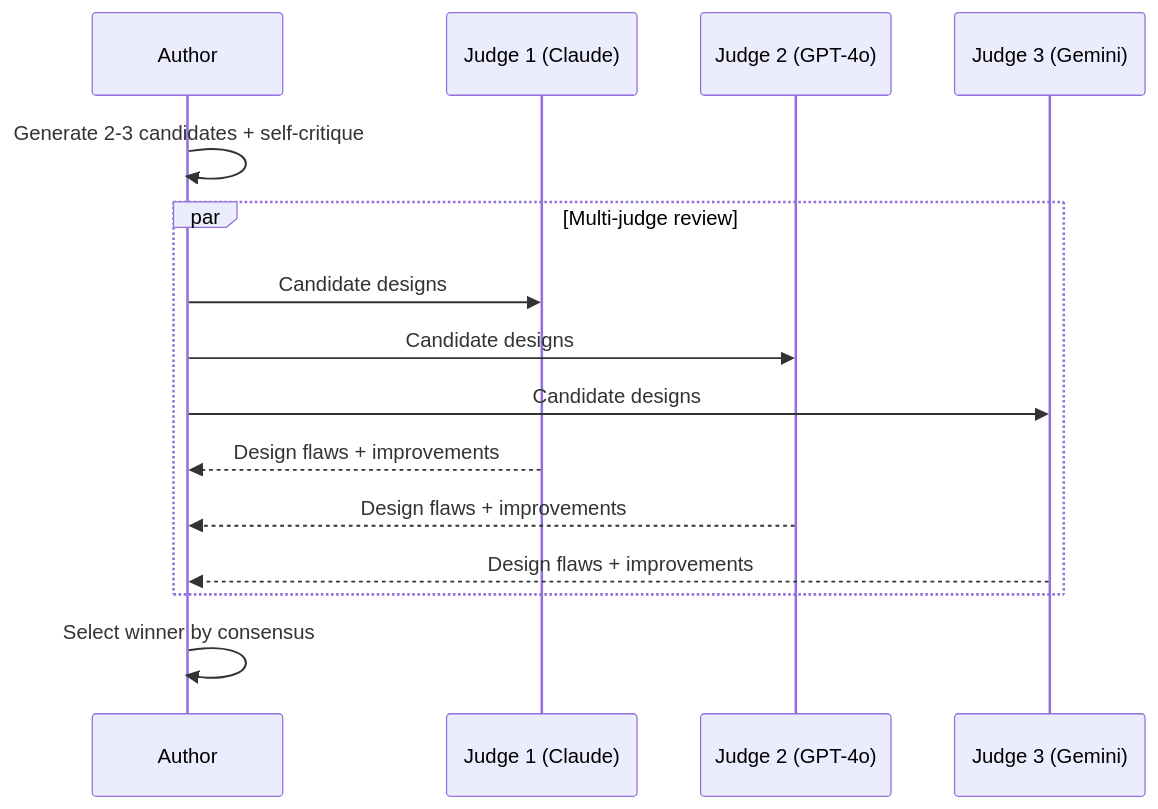
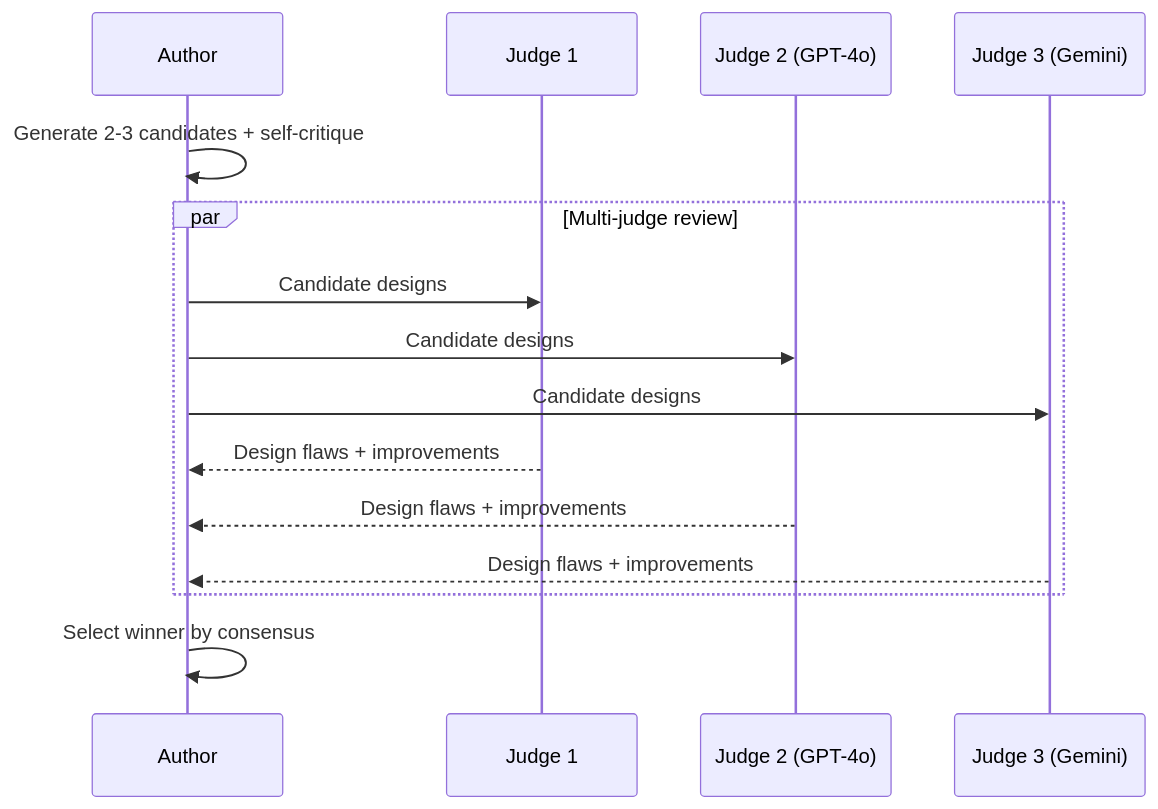
Before and after one commit to inference-sim/inference-sim: the second of 7 diagrams in docs/methodology/strategy-evolution.md, drawn with Mermaid. The commit also changed other lines of this file and 51 other files, not shown here.

````diff
--- a/docs/methodology/strategy-evolution.md
+++ b/docs/methodology/strategy-evolution.md
@@ -62,18 +62,18 @@
 ```mermaid
 sequenceDiagram
     participant A as Author
-    participant J1 as Judge 1 (Claude)
+    participant J1 as Judge 1
     participant J2 as Judge 2 (GPT-4o)
     participant J3 as Judge 3 (Gemini)
 
     A->>A: Generate 2-3 candidates + self-critique
     par Multi-judge review
         A->>J1: Candidate designs
         A->>J2: Candidate designs
         A->>J3: Candidate designs
         J1-->>A: Design flaws + improvements
         J2-->>A: Design flaws + improvements
         J3-->>A: Design flaws + improvements
     end
     A->>A: Select winner by consensus
 ```
````
